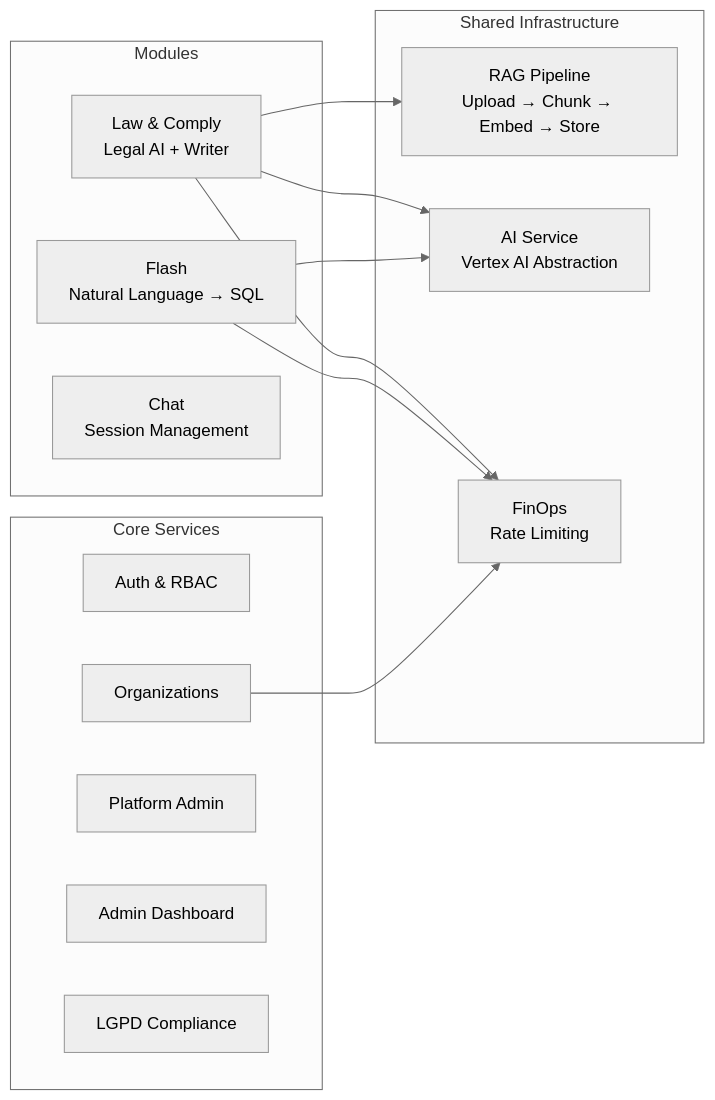
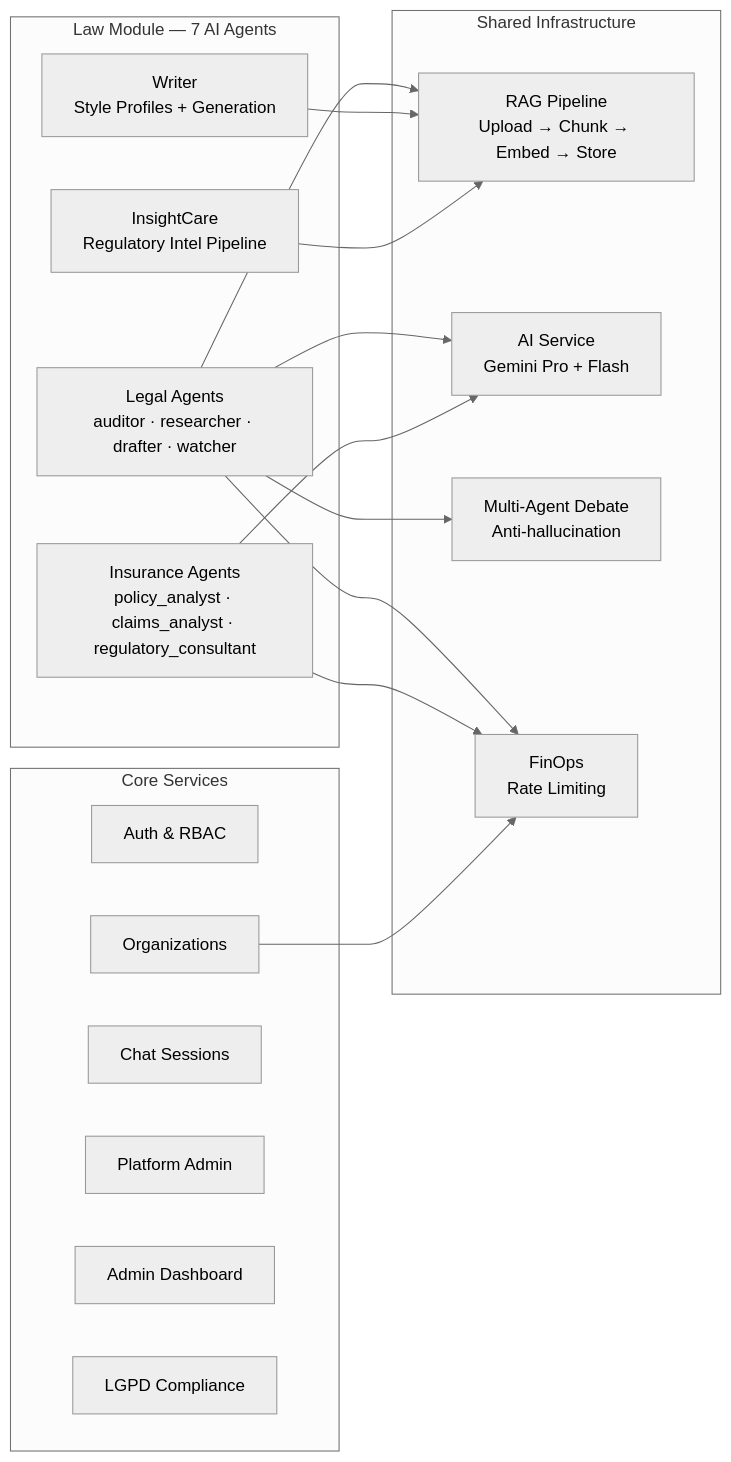
One commit to resper1965/Gabi changed the second of 5 diagrams in docs/guides/architecture.md. Above: the diagram before and after it, drawn with Mermaid (neutral theme). The commit also changed other lines of this file, not shown here.

Commit message:
docs: align architecture.md with actual runtime
- Subtitle: legal + compliance + insurance + professional writing
- Module Architecture: law as unified module with 7 AI agents
- Remove Flash as standalone module (it's a model alias, not a module)
- Add AI Agents section: 4 legal + 3 insurance agents with auto-router
- Add Multi-Agent Debate to shared infrastructure

````diff
--- a/docs/guides/architecture.md
+++ b/docs/guides/architecture.md
@@ -58,29 +58,35 @@
 ```mermaid
 graph LR
-    subgraph "Modules"
-        LAW["Law & Comply<br/>Legal AI + Writer"]
-        FLASH["Flash<br/>Natural Language → SQL"]
-        CHAT["Chat<br/>Session Management"]
+    subgraph "Law Module — 7 AI Agents"
+        LEGAL["Legal Agents<br/>auditor · researcher · drafter · watcher"]
+        INS["Insurance Agents<br/>policy_analyst · claims_analyst · regulatory_consultant"]
+        STYLE["Writer<br/>Style Profiles + Generation"]
+        INSIGHTS["InsightCare<br/>Regulatory Intel Pipeline"]
     end
 
     subgraph "Core Services"
         AUTH["Auth & RBAC"]
         ORG["Organizations"]
+        CHAT["Chat Sessions"]
         PLATFORM["Platform Admin"]
         ADMIN["Admin Dashboard"]
         LGPD["LGPD Compliance"]
     end
 
     subgraph "Shared Infrastructure"
         RAG["RAG Pipeline<br/>Upload → Chunk → Embed → Store"]
-        AI["AI Service<br/>Vertex AI Abstraction"]
+        AI["AI Service<br/>Gemini Pro + Flash"]
+        MULTI["Multi-Agent Debate<br/>Anti-hallucination"]
         LIMITS["FinOps<br/>Rate Limiting"]
     end
 
-    LAW --> RAG
-    LAW --> AI
-    FLASH --> AI
-    LAW --> LIMITS
-    FLASH --> LIMITS
+    LEGAL --> RAG
+    LEGAL --> AI
+    LEGAL --> MULTI
+    INS --> AI
+    STYLE --> RAG
+    INSIGHTS --> RAG
+    LEGAL --> LIMITS
+    INS --> LIMITS
     ORG --> LIMITS
 ```
````
